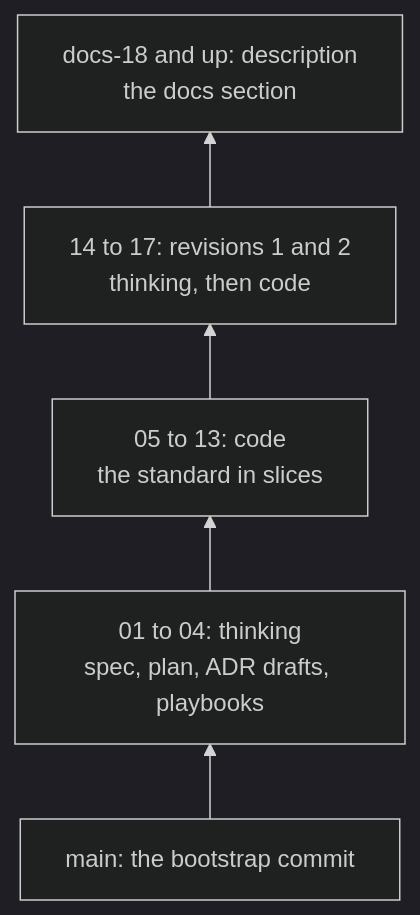
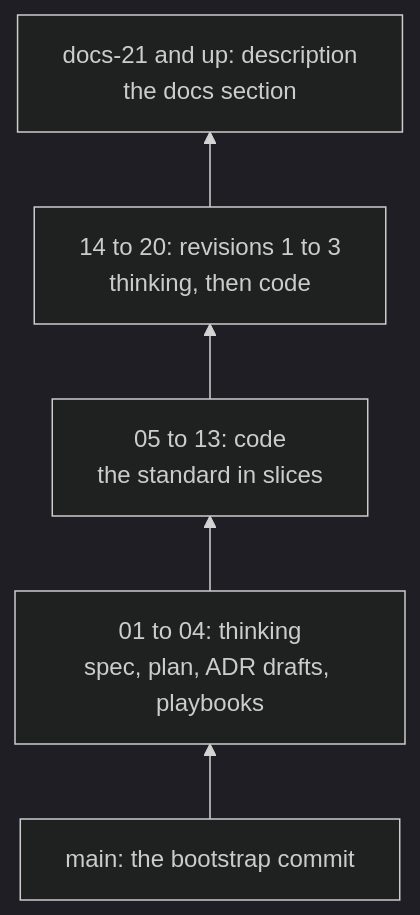
The fourth of 4 diagrams in docs/course/stacks/gh-stack/01-a-stack-of-pull-requests.md (chandanbsd/baseline-framework), drawn with Mermaid (dark theme) before and after one commit. The commit also changed other lines of this file and 2 other files, not shown here.

````diff
--- a/docs/course/stacks/gh-stack/01-a-stack-of-pull-requests.md
+++ b/docs/course/stacks/gh-stack/01-a-stack-of-pull-requests.md
@@ -83,9 +83,9 @@
 ```mermaid
 flowchart BT
     M["main: the bootstrap commit"]
     T["01 to 04: thinking<br/>spec, plan, ADR drafts, playbooks"]
     C["05 to 13: code<br/>the standard in slices"]
-    R["14 to 17: revisions 1 and 2<br/>thinking, then code"]
-    D["docs-18 and up: description<br/>the docs section"]
+    R["14 to 20: revisions 1 to 3<br/>thinking, then code"]
+    D["docs-21 and up: description<br/>the docs section"]
     M --> T --> C --> R --> D
 ```
````
